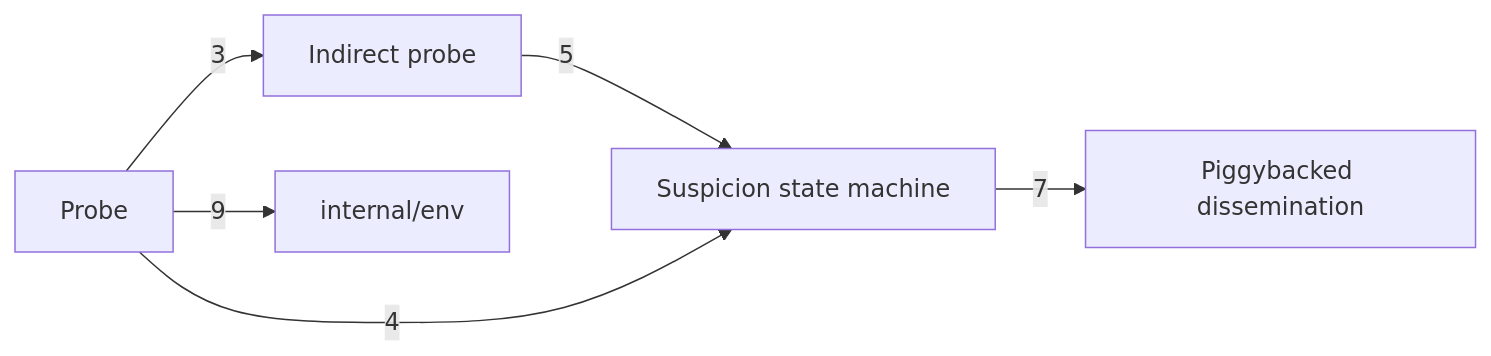
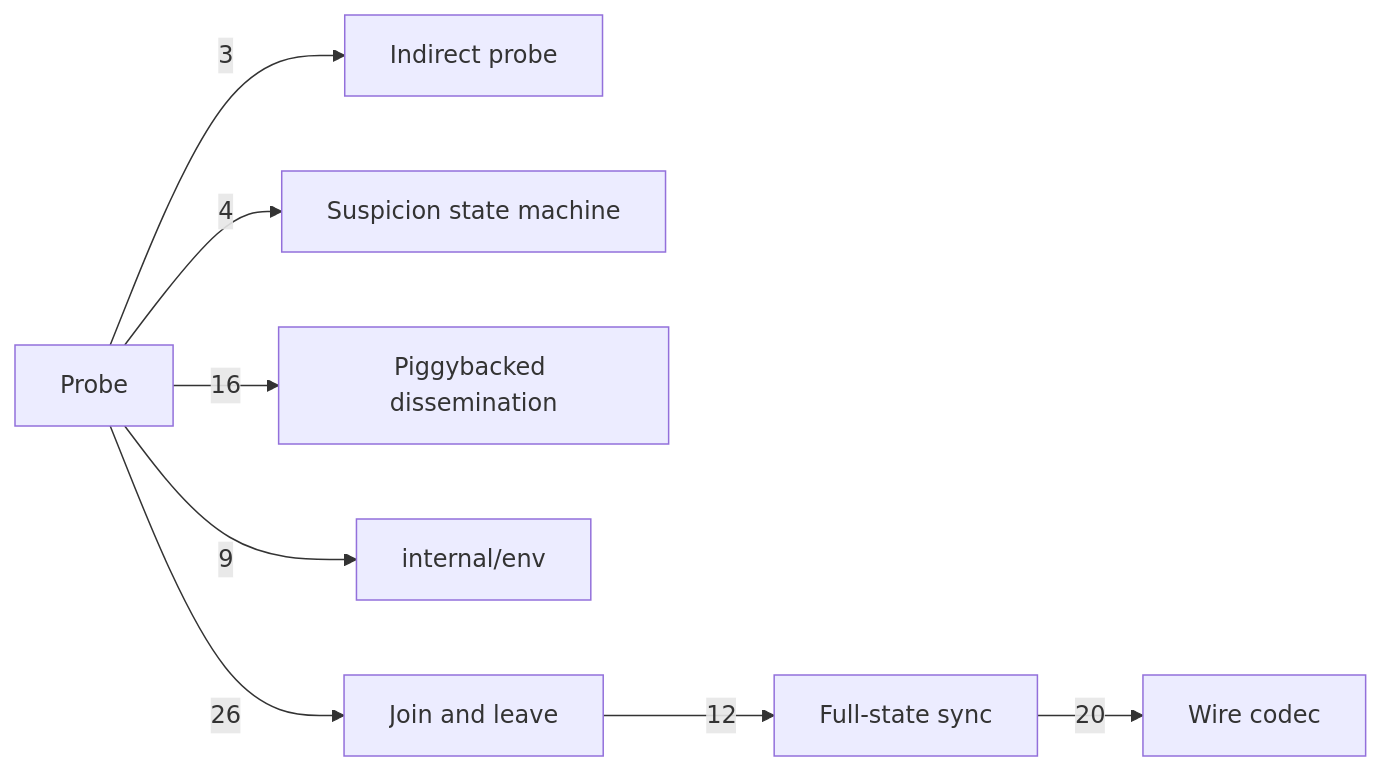
The diagram in docs/c4/diagrams/04-component-gossip-b.mmd (nickstrad/decentralized-object-store), drawn with Mermaid before and after one commit. The commit also changed 10 other files, not shown here.

```diff
--- a/docs/c4/diagrams/04-component-gossip-b.mmd
+++ b/docs/c4/diagrams/04-component-gossip-b.mmd
@@ -1,7 +1,9 @@
 %% draw-visual: -x 4 -y 1 -p 0
 graph LR
   PROBE[Probe] -->|3| INDIRECT[Indirect probe]
-  INDIRECT -->|5| SUSP[Suspicion state machine]
-  SUSP -->|7| DISSEM[Piggybacked dissemination]
-  PROBE -->|4| SUSP
+  PROBE -->|4| SUSP[Suspicion state machine]
+  PROBE -->|16| DISSEM[Piggybacked dissemination]
   PROBE -->|9| ENV[internal/env]
+  PROBE -->|26| JOIN[Join and leave]
+  JOIN -->|12| FSYNC[Full-state sync]
+  FSYNC -->|20| WIRE[Wire codec]
```
